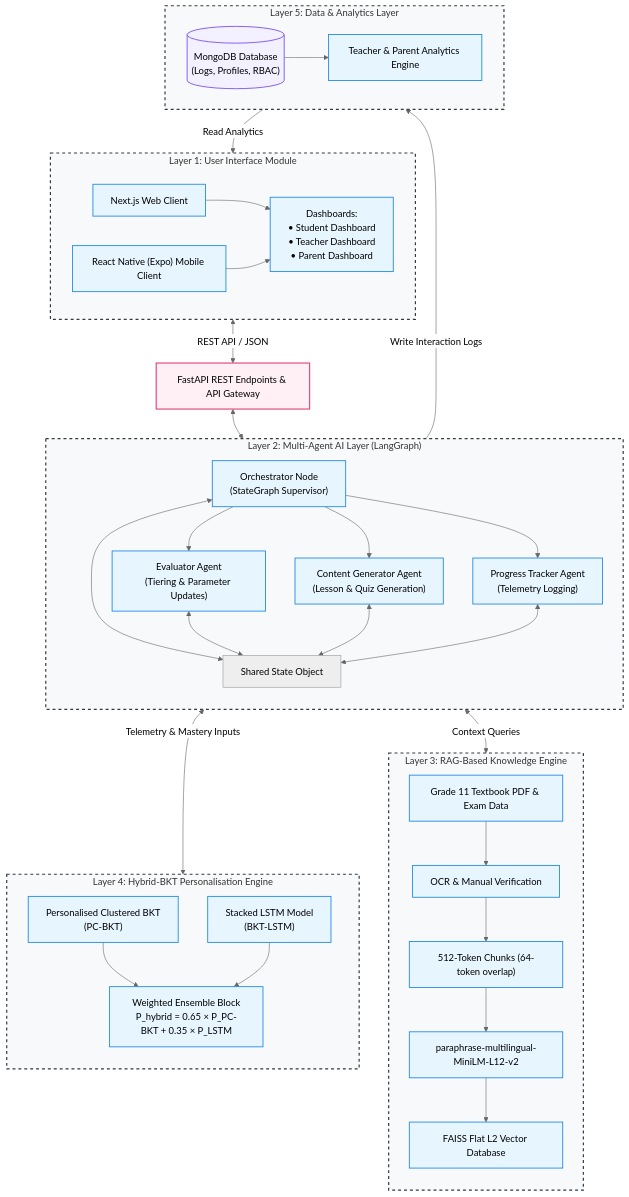
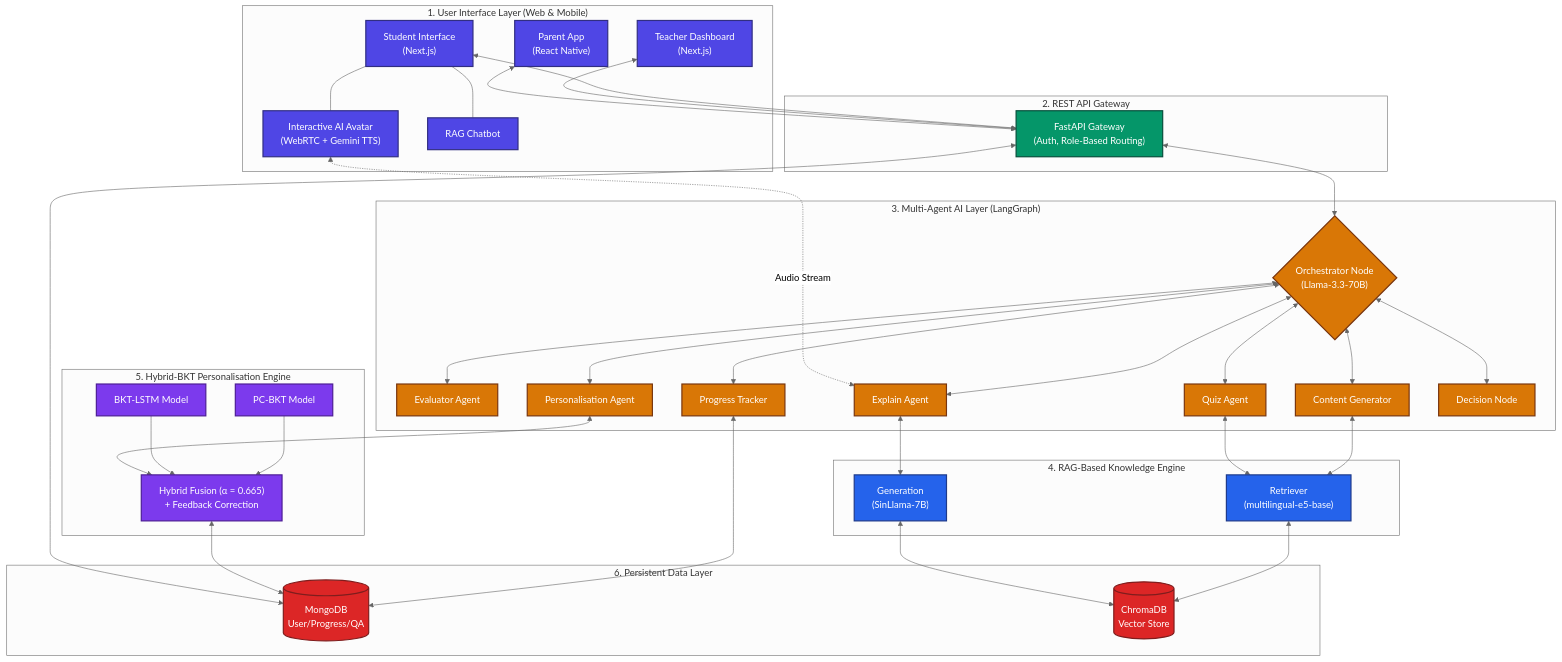
One commit to Kasun4527/Sinhala-Teaching-AI-AVATAR changed the diagram in Research paper/paper_diagrams_mermaid.md. Above: the diagram before and after it, drawn with Mermaid (neutral theme). The commit also changed other lines of this file and 5 other files, not shown here.

Commit message:
docs: update research paper draft with versions V10, add architecture diagrams, and refine paper upgrade guide.

````diff
--- a/Research paper/paper_diagrams_mermaid.md
+++ b/Research paper/paper_diagrams_mermaid.md
@@ -26,84 +5,92 @@
 ```mermaid
-flowchart TB
-    %% Layer 1: User Interface
-    subgraph UI_Layer ["Layer 1: User Interface Module"]
-        direction LR
-        Web["Next.js Web Client"]
-        Mobile["React Native (Expo) Mobile Client"]
-        Dashboards["Dashboards:<br/>• Student Dashboard<br/>• Teacher Dashboard<br/>• Parent Dashboard"]
-        Web --> Dashboards
-        Mobile --> Dashboards
+graph TD
+    %% Styling
+    classDef ui fill:#4F46E5,stroke:#312E81,stroke-width:2px,color:#fff;
+    classDef api fill:#059669,stroke:#064E3B,stroke-width:2px,color:#fff;
+    classDef agent fill:#D97706,stroke:#78350F,stroke-width:2px,color:#fff;
+    classDef bkt fill:#7C3AED,stroke:#4C1D95,stroke-width:2px,color:#fff;
+    classDef rag fill:#2563EB,stroke:#1E3A8A,stroke-width:2px,color:#fff;
+    classDef db fill:#DC2626,stroke:#7F1D1D,stroke-width:2px,color:#fff;
+    
+    subgraph L1 ["1. User Interface Layer (Web & Mobile)"]
+        UI1["Student Interface\n(Next.js)"]
+        UI2["Teacher Dashboard\n(Next.js)"]
+        UI3["Parent App\n(React Native)"]
+        Avatar["Interactive AI Avatar\n(WebRTC + Gemini TTS)"]
+        Chatbot["RAG Chatbot"]
+        
+        UI1 --- Avatar
+        UI1 --- Chatbot
     end
 
-    %% REST API Gateway
-    FastAPI["FastAPI REST Endpoints & API Gateway"]
-
-    %% Layer 2: Multi-Agent AI Layer
-    subgraph Agent_Layer ["Layer 2: Multi-Agent AI Layer (LangGraph)"]
-        direction TB
-        State["Shared State Object"]
-        Orchestrator["Orchestrator Node<br/>(StateGraph Supervisor)"]
-        Evaluator["Evaluator Agent<br/>(Tiering & Parameter Updates)"]
-        GenAgent["Content Generator Agent<br/>(Lesson & Quiz Generation)"]
-        Tracker["Progress Tracker Agent<br/>(Telemetry Logging)"]
-        
-        Orchestrator <--> State
-        Evaluator <--> State
-        GenAgent <--> State
-        Tracker <--> State
-        
-        Orchestrator --> Evaluator
-        Orchestrator --> GenAgent
-        Orchestrator --> Tracker
+    subgraph L2 ["2. REST API Gateway"]
+        API["FastAPI Gateway\n(Auth, Role-Based Routing)"]
     end
 
-    %% Layer 3: RAG Knowledge Engine
-    subgraph RAG_Engine ["Layer 3: RAG-Based Knowledge Engine"]
-        direction TB
-        Textbooks["Grade 11 Textbook PDF & Exam Data"]
-        OCR["OCR & Manual Verification"]
-        Chunks["512-Token Chunks (64-token overlap)"]
-        Embeddings["paraphrase-multilingual-MiniLM-L12-v2"]
-        FAISS["FAISS Flat L2 Vector Database"]
+    subgraph L3 ["3. Multi-Agent AI Layer (LangGraph)"]
+        Orchestrator{"Orchestrator Node\n(Llama-3.3-70B)"}
+        A1["Evaluator Agent"]
+        A2["Personalisation Agent"]
+        A3["Content Generator"]
+        A4["Quiz Agent"]
+        A5["Explain Agent"]
+        A6["Progress Tracker"]
+        A7["Decision Node"]
         
-        Textbooks --> OCR --> Chunks --> Embeddings --> FAISS
+        Orchestrator <--> A1
+        Orchestrator <--> A2
+        Orchestrator <--> A3
+        Orchestrator <--> A4
+        Orchestrator <--> A5
+        Orchestrator <--> A6
+        Orchestrator <--> A7
     end
 
-    %% Layer 4: Personalisation Engine
-    subgraph BKT_Engine ["Layer 4: Hybrid-BKT Personalisation Engine"]
-        direction TB
-        PCBKT["Personalised Clustered BKT<br/>(PC-BKT)"]
-        LSTM["Stacked LSTM Model<br/>(BKT-LSTM)"]
-        Ensemble["Weighted Ensemble Block<br/>P_hybrid = 0.65 × P_PC-BKT + 0.35 × P_LSTM"]
-        
-        PCBKT --> Ensemble
-        LSTM --> Ensemble
+    subgraph L4 ["4. RAG-Based Knowledge Engine"]
+        RAG["Retriever\n(multilingual-e5-base)"]
+        LLM["Generation\n(SinLlama-7B)"]
     end
 
-    %% Layer 5: Data & Analytics
-    subgraph Data_Layer ["Layer 5: Data & Analytics Layer"]
-        direction LR
-        MongoDB[("MongoDB Database<br/>(Logs, Profiles, RBAC)")]
-        DashData["Teacher & Parent Analytics Engine"]
-        MongoDB --> DashData
+    subgraph L5 ["5. Hybrid-BKT Personalisation Engine"]
+        BKT["PC-BKT Model"]
+        LSTM["BKT-LSTM Model"]
+        Fusion["Hybrid Fusion (α = 0.665)\n+ Feedback Correction"]
+        
+        BKT --> Fusion
+        LSTM --> Fusion
     end
 
-    %% Inter-layer connections
-    UI_Layer <-->|REST API / JSON| FastAPI
-    FastAPI <--> Agent_Layer
-    GenAgent <-->|Context Queries| FAISS
-    Evaluator <-->|Telemetry & Mastery Inputs| BKT_Engine
-    Tracker -->|Write Interaction Logs| MongoDB
-    DashData -->|Read Analytics| Dashboards
-
-    %% Style classes
-    classDef layerStyle fill:#f8f9fa,stroke:#343a40,stroke-width:2px,stroke-dasharray: 5 5;
-    classDef compStyle fill:#e7f5ff,stroke:#228be6,stroke-width:1.5px;
-    classDef dbStyle fill:#f3f0ff,stroke:#7950f2,stroke-width:1.5px;
-    classDef gateStyle fill:#fff0f6,stroke:#e64980,stroke-width:2px;
+    subgraph L6 ["6. Persistent Data Layer"]
+        DB[(MongoDB\nUser/Progress/QA)]
+        VDB[(ChromaDB\nVector Store)]
+    end
     
-    class UI_Layer,Agent_Layer,RAG_Engine,BKT_Engine,Data_Layer layerStyle;
-    class Web,Mobile,Dashboards,Orchestrator,Evaluator,GenAgent,Tracker,Textbooks,OCR,Chunks,Embeddings,FAISS,PCBKT,LSTM,Ensemble,DashData compStyle;
-    class MongoDB dbStyle;
-    class FastAPI gateStyle;
+    %% Cross-layer Connections
+    UI1 <--> API
+    UI2 <--> API
+    UI3 <--> API
+    API <--> Orchestrator
+    
+    %% Agent to Engine Connections
+    A2 <--> Fusion
+    A3 <--> RAG
+    A4 <--> RAG
+    A5 <--> LLM
+    
+    Avatar <-. "Audio Stream" .-> A5
+    RAG <--> VDB
+    LLM <--> VDB
+    
+    %% DB Connections
+    A6 <--> DB
+    Fusion <--> DB
+    API <--> DB
+    
+    %% Apply classes
+    class UI1,UI2,UI3,Avatar,Chatbot ui;
+    class API api;
+    class Orchestrator,A1,A2,A3,A4,A5,A6,A7 agent;
+    class BKT,LSTM,Fusion bkt;
+    class RAG,LLM rag;
+    class DB,VDB db;
 ```
````
